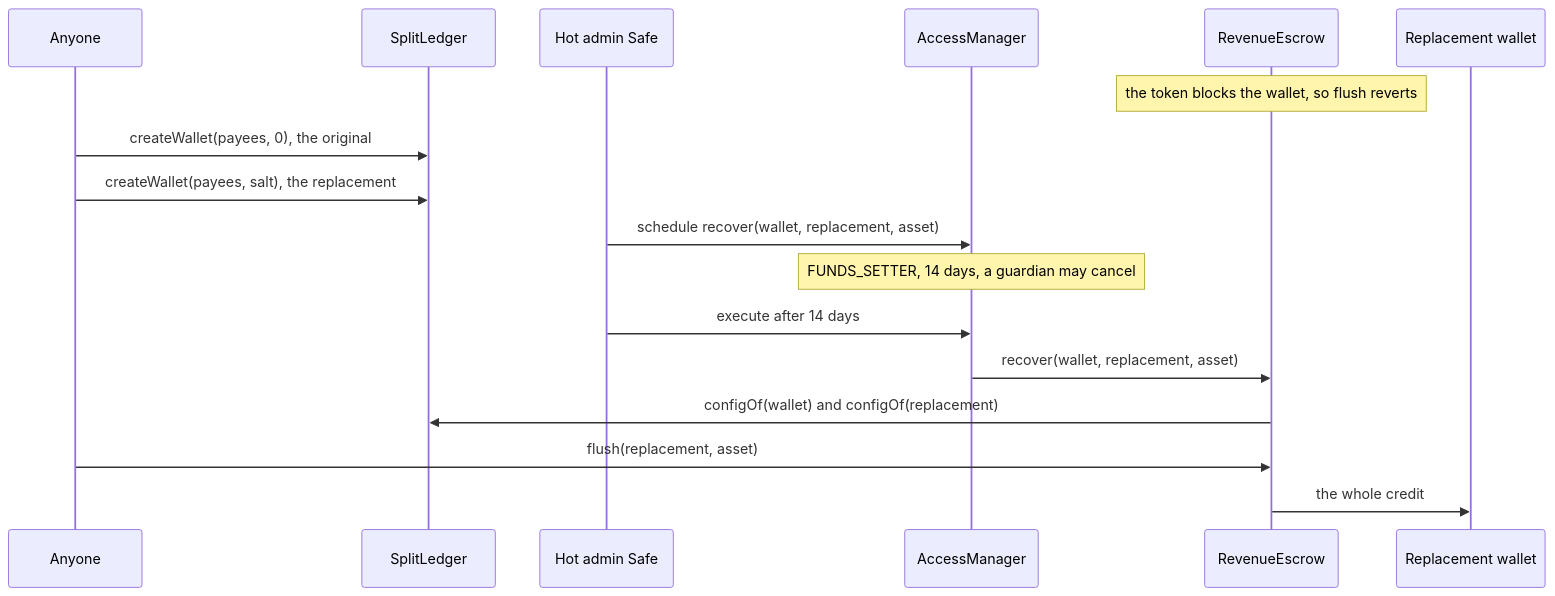
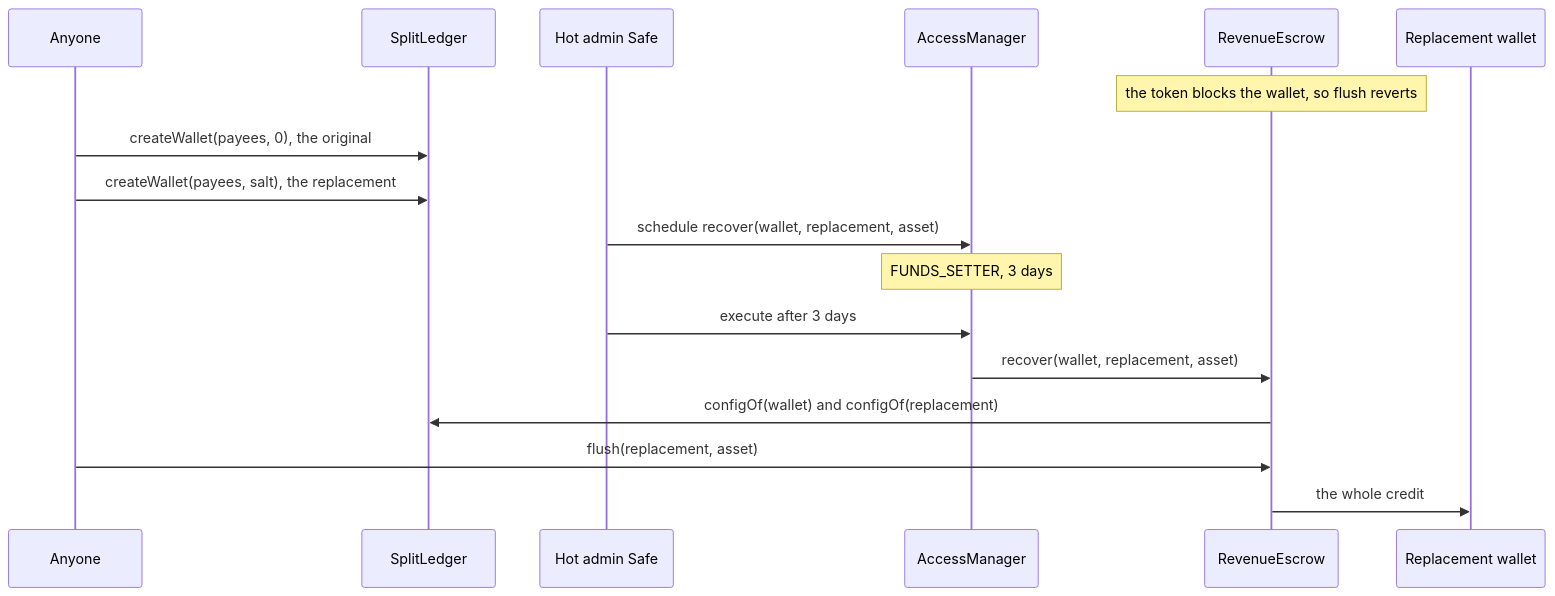
The seventh of 8 diagrams in docs/spec/economics-and-payouts.md (6529-Collections/6529-works), drawn with Mermaid before and after one commit. The commit also changed other lines of this file and 22 other files, not shown here.

````diff
--- a/docs/spec/economics-and-payouts.md
+++ b/docs/spec/economics-and-payouts.md
@@ -539,19 +572,19 @@
 ```mermaid
 sequenceDiagram
     participant Anyone as Anyone
     participant Ledger as SplitLedger
     participant Admin as Hot admin Safe
     participant Manager as AccessManager
     participant Escrow as RevenueEscrow
     participant New as Replacement wallet
     Note over Escrow: the token blocks the wallet, so flush reverts
     Anyone->>Ledger: createWallet(payees, 0), the original
     Anyone->>Ledger: createWallet(payees, salt), the replacement
     Admin->>Manager: schedule recover(wallet, replacement, asset)
-    Note over Manager: FUNDS_SETTER, 14 days, a guardian may cancel
-    Admin->>Manager: execute after 14 days
+    Note over Manager: FUNDS_SETTER, 3 days
+    Admin->>Manager: execute after 3 days
     Manager->>Escrow: recover(wallet, replacement, asset)
     Escrow->>Ledger: configOf(wallet) and configOf(replacement)
     Anyone->>Escrow: flush(replacement, asset)
     Escrow->>New: the whole credit
 ```
````
